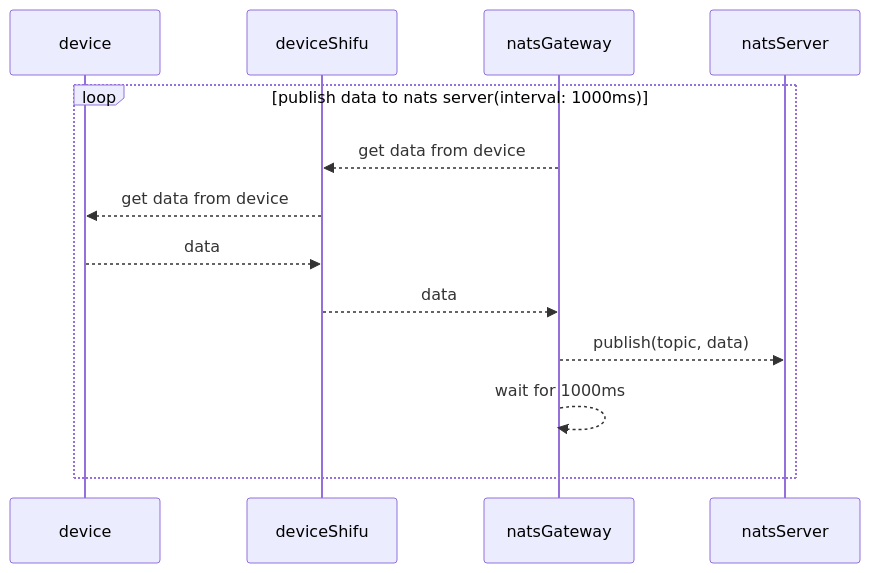
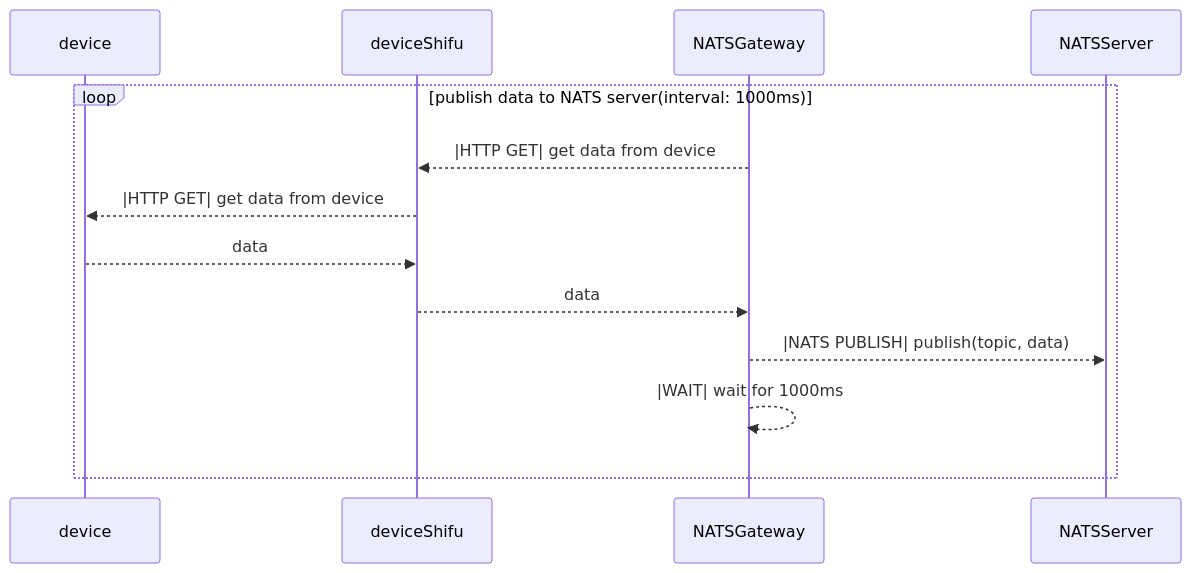
One commit to Edgenesis/shifu changed the third of 3 diagrams in docs/design/gateway/natsio-gateway.md. Above: the diagram before and after it, drawn with Mermaid. The commit also changed other lines of this file and 11 other files, not shown here.

````diff
--- a/docs/design/gateway/natsio-gateway.md
+++ b/docs/design/gateway/natsio-gateway.md
@@ -127,16 +151,16 @@
 ```mermaid
 sequenceDiagram
     participant device
     participant deviceShifu
-    participant natsGateway
-    participant natsServer
+    participant NATSGateway
+    participant NATSServer
 
-    loop publish data to nats server(interval: 1000ms)
-        natsGateway -->> deviceShifu: get data from device
-        deviceShifu -->> device: get data from device
+    loop publish data to NATS server(interval: 1000ms)
+        NATSGateway -->> deviceShifu: |HTTP GET| get data from device
+        deviceShifu -->> device: |HTTP GET| get data from device
         device -->> deviceShifu: data
-        deviceShifu -->> natsGateway: data
-        natsGateway -->> natsServer: publish(topic, data)
-        natsGateway -->> natsGateway: wait for 1000ms
+        deviceShifu -->> NATSGateway: data
+        NATSGateway -->> NATSServer: |NATS PUBLISH| publish(topic, data)
+        NATSGateway -->> NATSGateway: |WAIT| wait for 1000ms
     end
 ```
````
